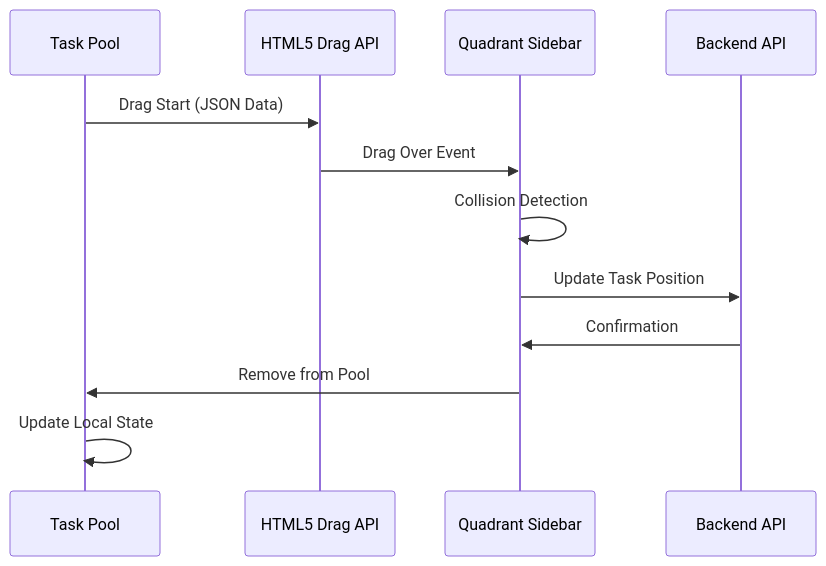
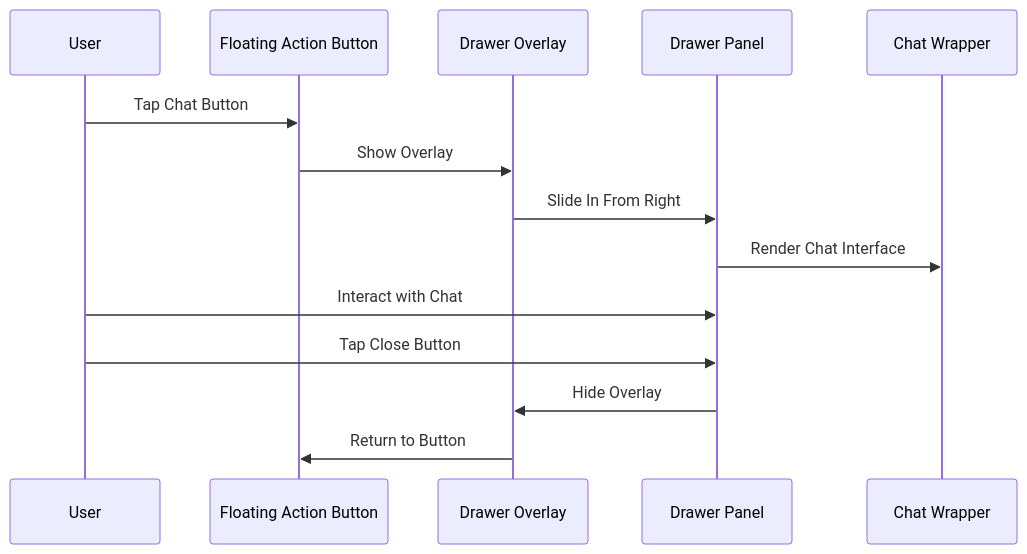
One commit to peixuanhu/goal-mate changed diagram 11 of 15 in .qoder/repowiki/en/content/Frontend Architecture/Main Layout System.md. Above: the diagram before and after it, drawn with Mermaid. The commit also changed other lines of this file and 14 other files, not shown here.

````diff
--- a/.qoder/repowiki/en/content/Frontend Architecture/Main Layout System.md
+++ b/.qoder/repowiki/en/content/Frontend Architecture/Main Layout System.md
@@ -388,14 +439,16 @@
 ```mermaid
 sequenceDiagram
-participant TaskPool as Task Pool
-participant HTML5 as HTML5 Drag API
-participant QuadrantSidebar as Quadrant Sidebar
-participant API as Backend API
-TaskPool->>HTML5 : Drag Start (JSON Data)
-HTML5->>QuadrantSidebar : Drag Over Event
-QuadrantSidebar->>QuadrantSidebar : Collision Detection
-QuadrantSidebar->>API : Update Task Position
-API->>QuadrantSidebar : Confirmation
-QuadrantSidebar->>TaskPool : Remove from Pool
-TaskPool->>TaskPool : Update Local State
+participant User as User
+participant FloatingActionButton as Floating Action Button
+participant DrawerOverlay as Drawer Overlay
+participant DrawerPanel as Drawer Panel
+participant ChatWrapper as Chat Wrapper
+User->>FloatingActionButton : Tap Chat Button
+FloatingActionButton->>DrawerOverlay : Show Overlay
+DrawerOverlay->>DrawerPanel : Slide In From Right
+DrawerPanel->>ChatWrapper : Render Chat Interface
+User->>DrawerPanel : Interact with Chat
+User->>DrawerPanel : Tap Close Button
+DrawerPanel->>DrawerOverlay : Hide Overlay
+DrawerOverlay->>FloatingActionButton : Return to Button
 ```
````
